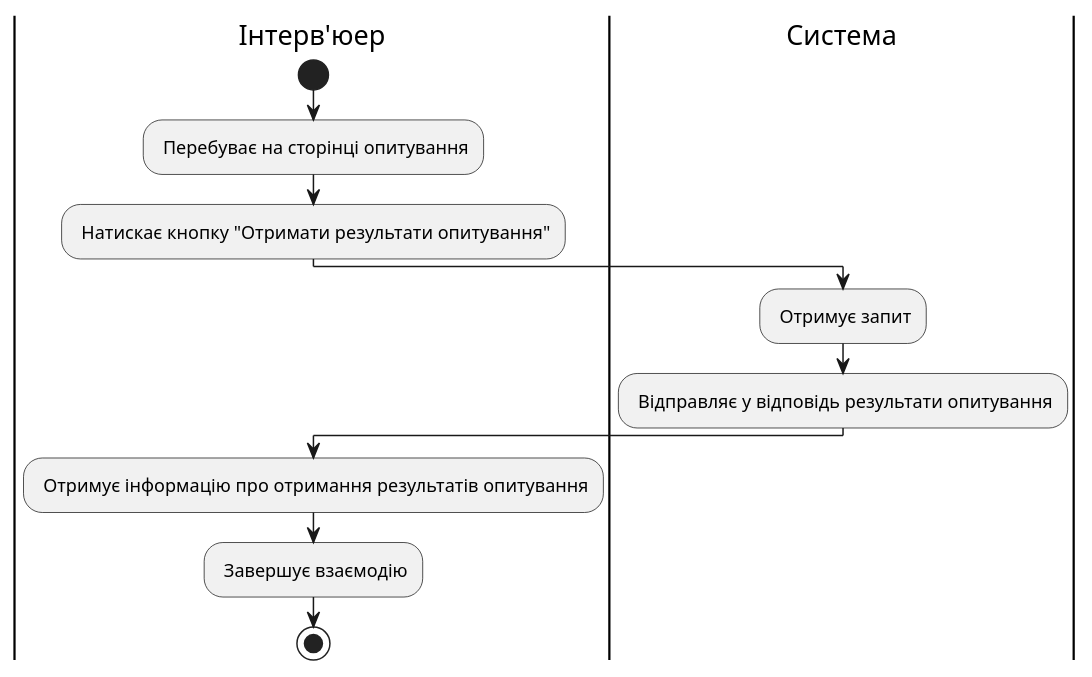
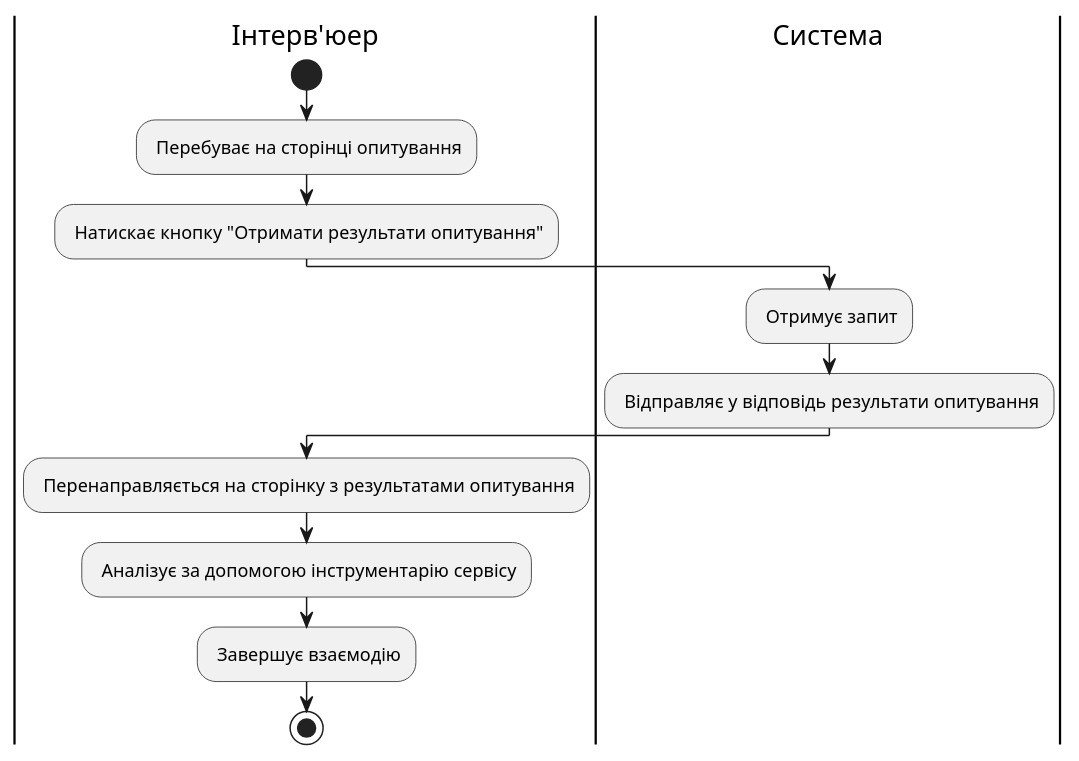
One commit to michigang1/ImForms changed the tenth of 22 diagrams in docs/use cases/README.md. Above: the diagram before and after it, drawn with PlantUML. The commit also changed other lines of this file, not shown here.

Commit message:
Added some changes in diagrams of scenarios

```diff
--- a/docs/use cases/README.md
+++ b/docs/use cases/README.md
@@ -436,16 +437,17 @@
 @startuml
 
 |Інтерв'юер|
 start
 : Перебуває на сторінці опитування;
 : Натискає кнопку "Отримати результати опитування";
 
 |Система|
 : Отримує запит;
 : Відправляє у відповідь результати опитування;
 
 |Інтерв'юер|
-: Отримує інформацію про отримання результатів опитування;
+: Перенаправляється на сторінку з результатами опитування;
+: Аналізує за допомогою інструментарію сервісу;
 : Завершує взаємодію;
 stop;
 @enduml
```
